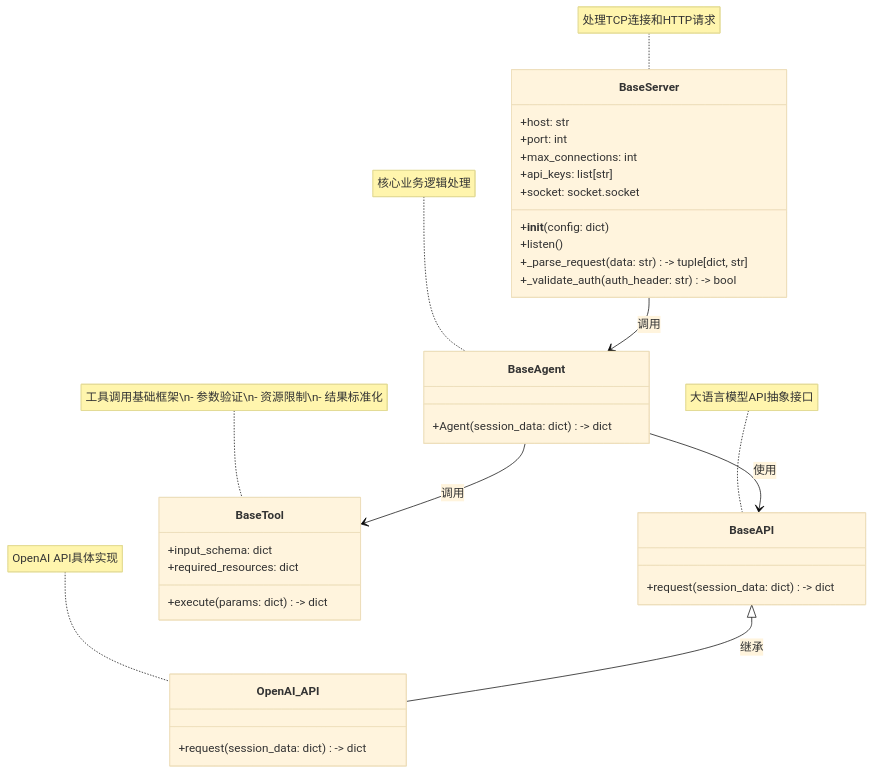
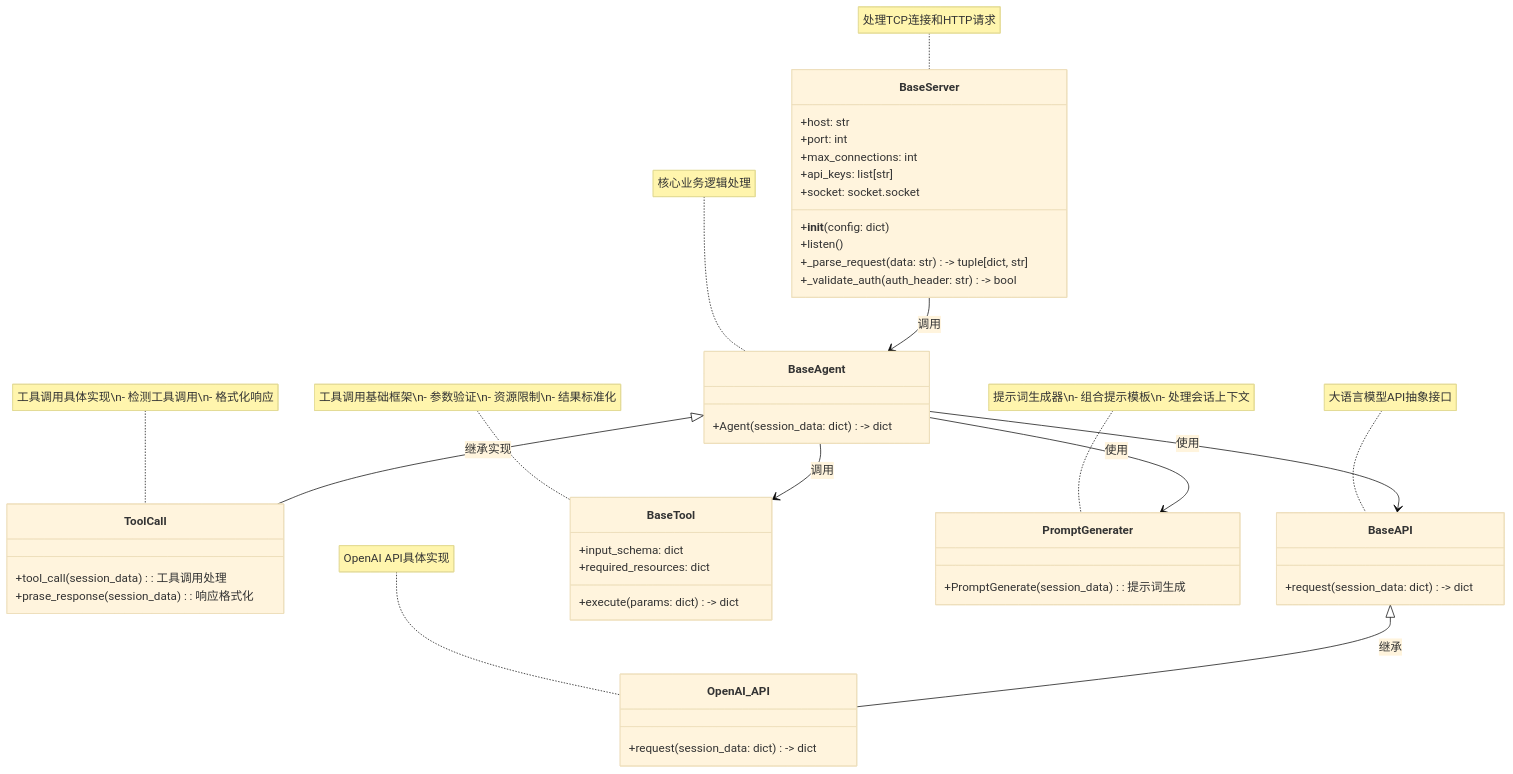
One commit to byte-tea/yaa changed the second of 3 diagrams in docs/README.md. Above: the diagram before and after it, drawn with Mermaid (base theme). The commit also changed 2 other files, not shown here.

Commit message:
【文档】更新架构文档和流程描述
- 修改 FlowAnalyze.md 中的会话数据处理流程描述
- 在 README.md 中添加新类 ToolCall 和 PromptGenerater 的架构图
- 优化整体架构图，增加新组件和接口

````diff
--- a/docs/README.md
+++ b/docs/README.md
@@ -36,46 +36,59 @@
 ```mermaid
 %% yaa 服务端代码结构图
 classDiagram
     class BaseServer {
         +host: str
         +port: int
         +max_connections: int
         +api_keys: list[str]
         +socket: socket.socket
         
         +__init__(config: dict)
         +listen()
         +_parse_request(data: str) -> tuple[dict, str]
         +_validate_auth(auth_header: str) -> bool
     }
     
     class BaseAgent {
         +Agent(session_data: dict) -> dict
     }
     
+    class ToolCall {
+        +tool_call(session_data) : 工具调用处理
+        +prase_response(session_data) : 响应格式化
+    }
+    
     class BaseAPI {
         +request(session_data: dict) -> dict
     }
     
     class OpenAI_API {
         +request(session_data: dict) -> dict
     }
     
     class BaseTool {
         +input_schema: dict
         +required_resources: dict
         
         +execute(params: dict) -> dict
     }
     
+    class PromptGenerater {
+        +PromptGenerate(session_data) : 提示词生成
+    }
+    
     BaseServer --> BaseAgent : 调用
+    BaseAgent <|-- ToolCall : 继承实现
     BaseAgent --> BaseAPI : 使用
     BaseAgent --> BaseTool : 调用
+    BaseAgent --> PromptGenerater : 使用
     BaseAPI <|-- OpenAI_API : 继承
     
     note for BaseServer "处理TCP连接和HTTP请求"
     note for BaseAgent "核心业务逻辑处理"
+    note for ToolCall "工具调用具体实现\n- 检测工具调用\n- 格式化响应"
     note for BaseAPI "大语言模型API抽象接口"
     note for OpenAI_API "OpenAI API具体实现"
     note for BaseTool "工具调用基础框架\n- 参数验证\n- 资源限制\n- 结果标准化"
+    note for PromptGenerater "提示词生成器\n- 组合提示模板\n- 处理会话上下文"
 ```
````
